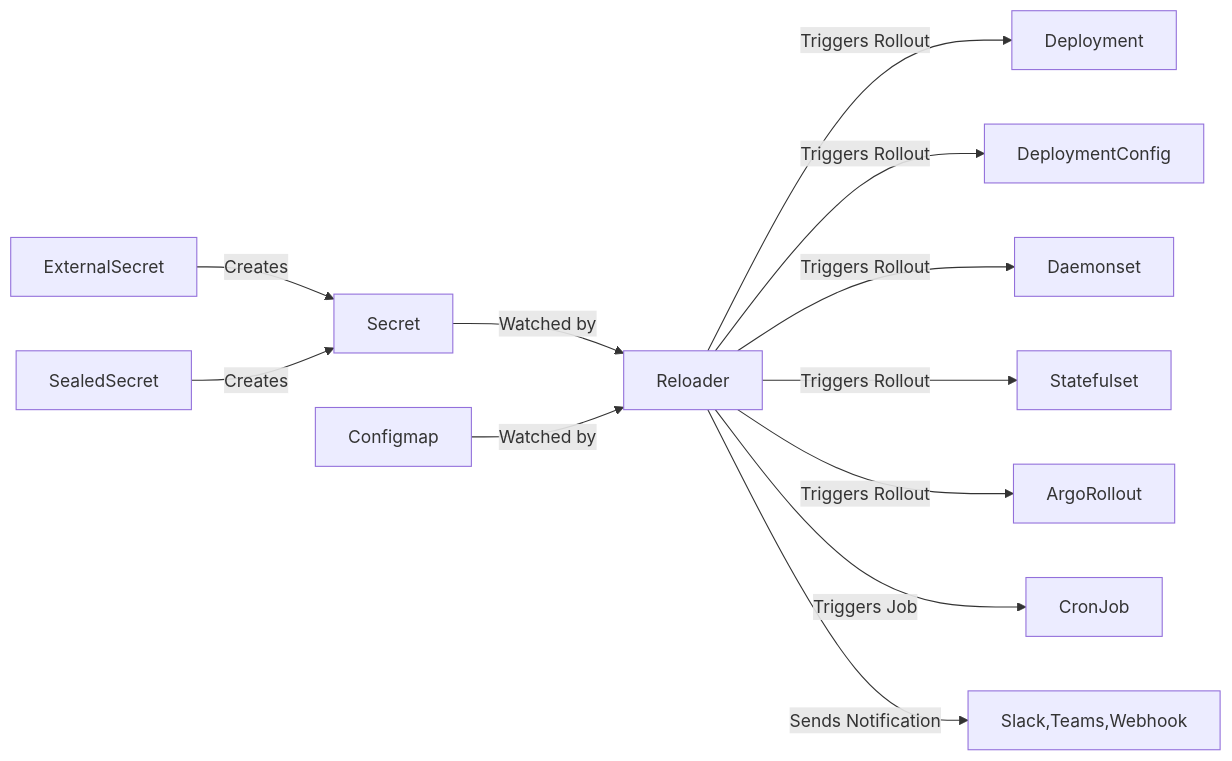
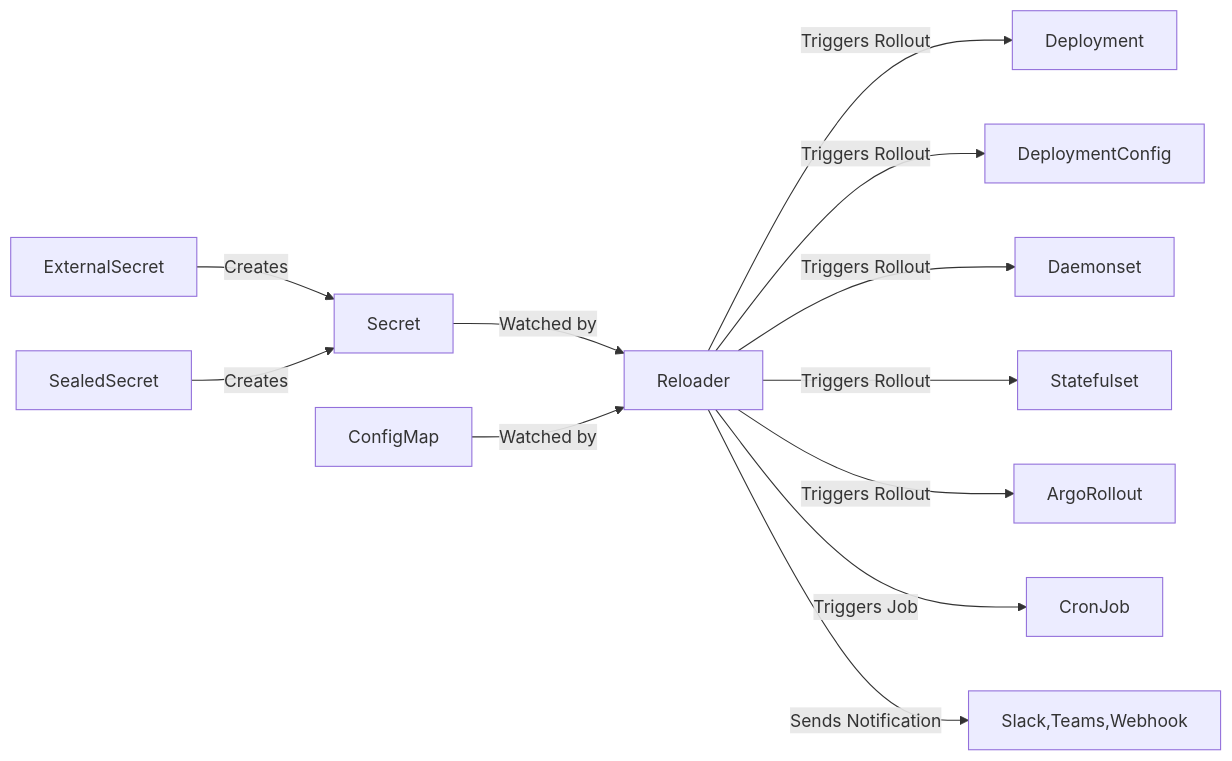
Before and after one commit to stakater/Reloader: the diagram in README.md, drawn with Mermaid. The commit also changed other lines of this file and 1 other file, not shown here.

````diff
--- a/README.md
+++ b/README.md
@@ -31,15 +31,15 @@
 ```mermaid
 flowchart LR
   ExternalSecret -->|Creates| Secret
   SealedSecret -->|Creates| Secret
   Secret -->|Watched by| Reloader
-  Configmap -->|Watched by| Reloader
+  ConfigMap -->|Watched by| Reloader
 
   Reloader -->|Triggers Rollout| Deployment
   Reloader -->|Triggers Rollout| DeploymentConfig
   Reloader -->|Triggers Rollout| Daemonset
   Reloader -->|Triggers Rollout| Statefulset
   Reloader -->|Triggers Rollout| ArgoRollout
   Reloader -->|Triggers Job| CronJob
   Reloader -->|Sends Notification| Slack,Teams,Webhook
 ```
````
